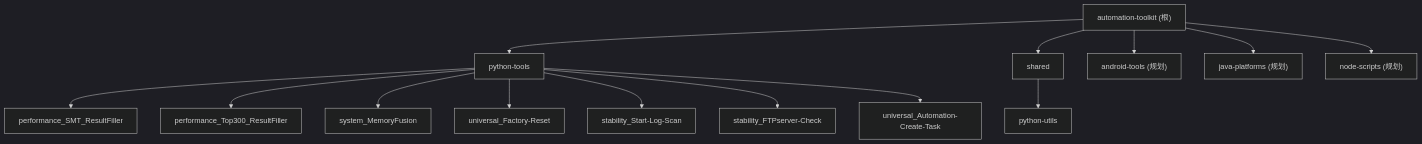
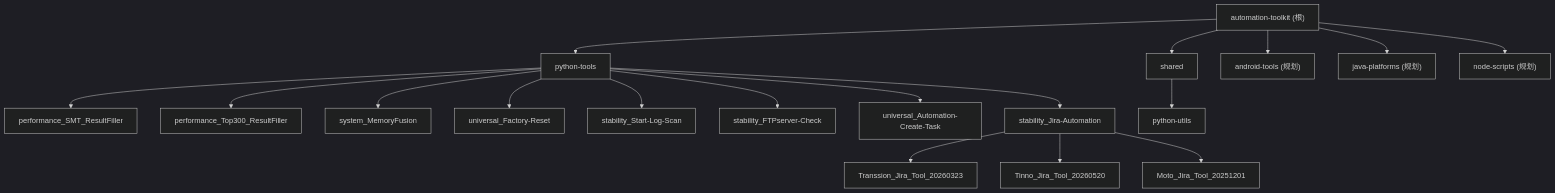
One commit to DUElost/automation-toolkit changed the diagram in CLAUDE.md. Above: the diagram before and after it, drawn with Mermaid (dark theme). The commit also changed other lines of this file and 132 other files, not shown here.

First line of the commit message:
refactor(stability-jira): consolidate into three standalone tool directories

````diff
--- a/CLAUDE.md
+++ b/CLAUDE.md
@@ -48,22 +49,28 @@
 ```mermaid
 graph TD
     A["automation-toolkit (根)"] --> B["python-tools"];
     A --> C["shared"];
     A --> D["android-tools (规划)"];
     A --> E["java-platforms (规划)"];
     A --> F["node-scripts (规划)"];
 
     B --> G["performance_SMT_ResultFiller"];
     B --> H["performance_Top300_ResultFiller"];
     B --> I["system_MemoryFusion"];
     B --> J["universal_Factory-Reset"];
     B --> L["stability_Start-Log-Scan"];
     B --> M["stability_FTPserver-Check"];
     B --> N["universal_Automation-Create-Task"];
+    B --> O["stability_Jira-Automation"];
 
     C --> K["python-utils"];
+
+    O --> O1["Transsion_Jira_Tool_20260323"];
+    O --> O2["Tinno_Jira_Tool_20260520"];
+    O --> O3["Moto_Jira_Tool_20251201"];
 
     click G "./python-tools/performance_SMT_ResultFiller/CLAUDE.md" "查看 SMT Result Filler"
     click H "./python-tools/performance_Top300_ResultFiller/CLAUDE.md" "查看 Top300 Result Filler"
     click K "./shared/python-utils/CLAUDE.md" "查看 python-utils"
+    click O "./python-tools/stability_Jira-Automation/CLAUDE.md" "查看 Jira 自动化"
 ```
````
